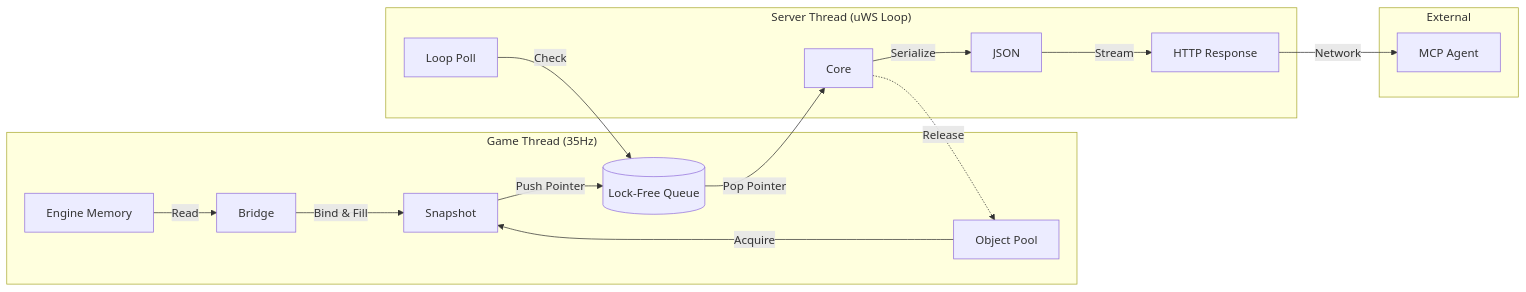
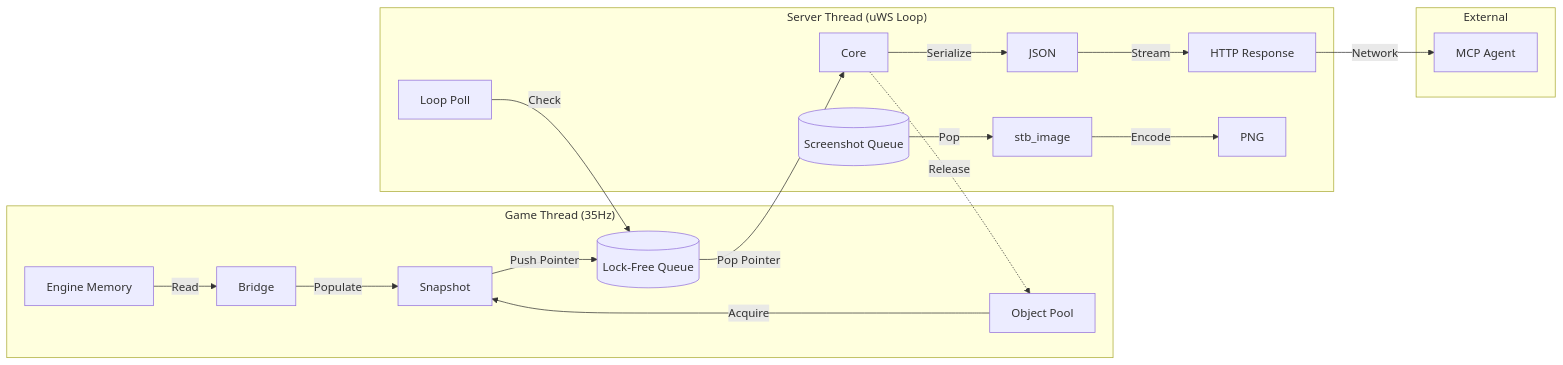
The diagram in plan.md (raulcorreia7/doom-mcp), drawn with Mermaid before and after one commit. The commit also changed other lines of this file and 2 other files, not shown here.

Commit message:
docs: update integration guide and architecture documentation

````diff
--- a/plan.md
+++ b/plan.md
@@ -32,21 +27,24 @@
 ```mermaid
 graph LR
     subgraph "Game Thread (35Hz)"
         Mem[Engine Memory] -->|Read| Adapter[Bridge]
         Pool[Object Pool] -->|Acquire| Snap[Snapshot]
-        Adapter -->|Bind & Fill| Snap
+        Adapter -->|Populate| Snap
         Snap -->|Push Pointer| Q[(Lock-Free Queue)]
     end
 
     subgraph "Server Thread (uWS Loop)"
         Timer[Loop Poll] -->|Check| Q
         Q -->|Pop Pointer| Core
         Core -->|Serialize| JSON
         JSON -->|Stream| SSE[HTTP Response]
         Core -.->|Release| Pool
+        
+        ScreenshotQ[(Screenshot Queue)] -->|Pop| Encoder[stb_image]
+        Encoder -->|Encode| PNG
     end
 
     subgraph "External"
         SSE -->|Network| AI[MCP Agent]
     end
 ```
````
